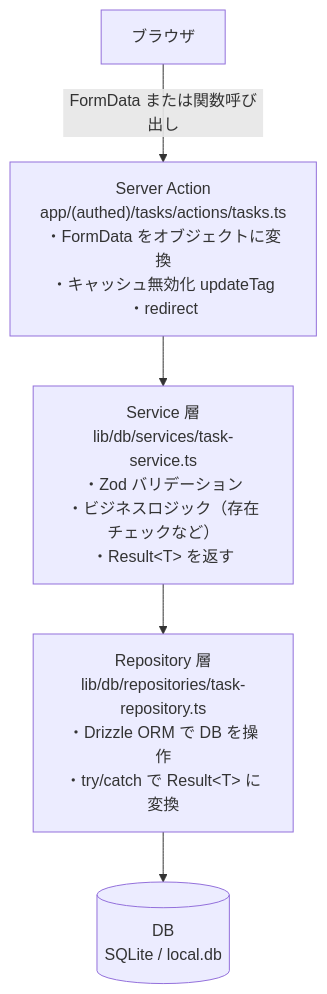
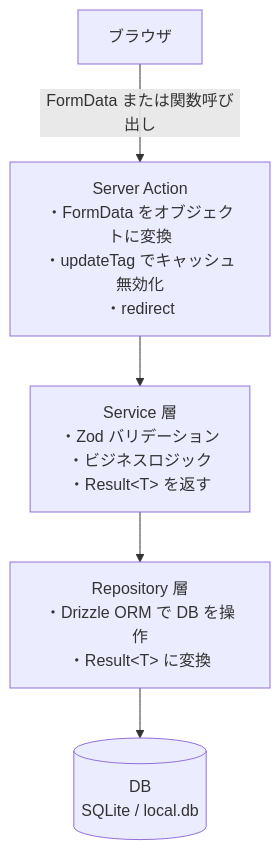
Before and after one commit to GentaAmeku/nextjs-dashboard-training: the third of 3 diagrams in docs/training/appendix-backend-architecture.md, drawn with Mermaid. The commit also changed 3 other files, not shown here.

First line of the commit message:
docs: shorten Mermaid node labels to fix text clipping

````diff
--- a/docs/training/appendix-backend-architecture.md
+++ b/docs/training/appendix-backend-architecture.md
@@ -103,13 +103,13 @@
 ```mermaid
 flowchart TD
     Browser["ブラウザ"]
-    SA["Server Action\napp/(authed)/tasks/actions/tasks.ts\n・FormData をオブジェクトに変換\n・キャッシュ無効化 updateTag\n・redirect"]
-    SVC["Service 層\nlib/db/services/task-service.ts\n・Zod バリデーション\n・ビジネスロジック（存在チェックなど）\n・Result&lt;T&gt; を返す"]
-    Repo["Repository 層\nlib/db/repositories/task-repository.ts\n・Drizzle ORM で DB を操作\n・try/catch で Result&lt;T&gt; に変換"]
+    SA["Server Action\n・FormData をオブジェクトに変換\n・updateTag でキャッシュ無効化\n・redirect"]
+    SVC["Service 層\n・Zod バリデーション\n・ビジネスロジック\n・Result&lt;T&gt; を返す"]
+    Repo["Repository 層\n・Drizzle ORM で DB を操作\n・Result&lt;T&gt; に変換"]
     DB[("DB\nSQLite / local.db")]
 
     Browser -->|"FormData または関数呼び出し"| SA
     SA --> SVC
     SVC --> Repo
     Repo --> DB
 ```
````
